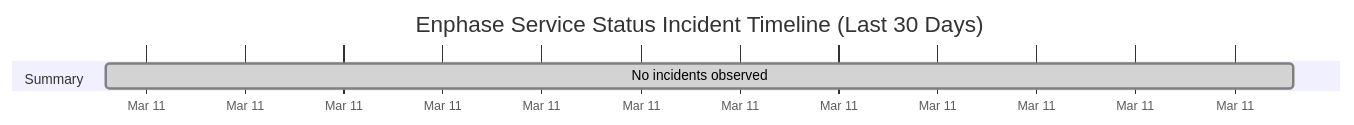
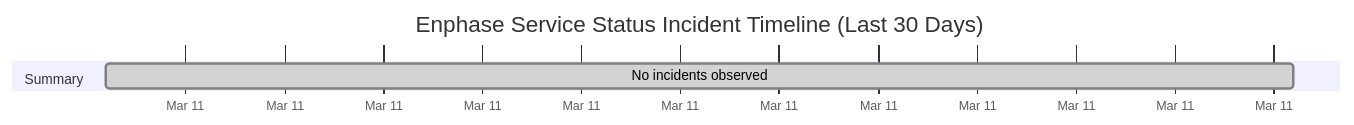
The diagram in wiki/Service-Status-History.md (barneyonline/ha-enphase-ev-charger), drawn with Mermaid before and after one commit. The commit also changed other lines of this file and 3 other files, not shown here.

````diff
--- a/wiki/Service-Status-History.md
+++ b/wiki/Service-Status-History.md
@@ -14,8 +14,8 @@
 ```mermaid
 gantt
     title Enphase Service Status Incident Timeline (Last 30 Days)
     dateFormat  YYYY-MM-DDTHH:mm:ss
     axisFormat  %b %d
     section Summary
-    No incidents observed :done, 2026-03-11T22:19:18, 1m
+    No incidents observed :done, 2026-03-11T23:16:56, 1m
 ```
````
